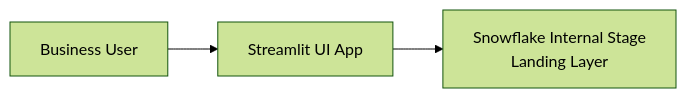
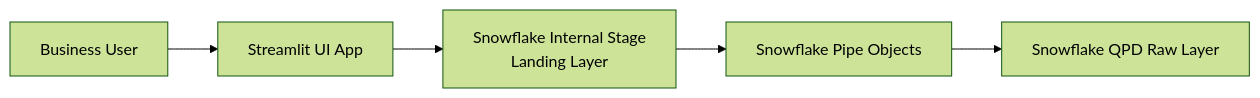
One commit to sfc-gh-mhindi/REPO_CBA changed the seventh of 11 diagrams in 15-BB-QPD Future State/Gem_Outline.md. Above: the diagram before and after it, drawn with Mermaid (forest theme). The commit also changed other lines of this file, not shown here.

````diff
--- a/15-BB-QPD Future State/Gem_Outline.md
+++ b/15-BB-QPD Future State/Gem_Outline.md
@@ -394,5 +394,7 @@
 ```mermaid
 graph LR
     User[Business User] --> Streamlit[Streamlit UI App]
     Streamlit --> SF_Internal[Snowflake Internal Stage<br/>Landing Layer]
+    SF_Internal --> Snowpipe[Snowflake Pipe Objects]
+    Snowpipe --> SF_Raw[Snowflake QPD Raw Layer]
 ```
````
